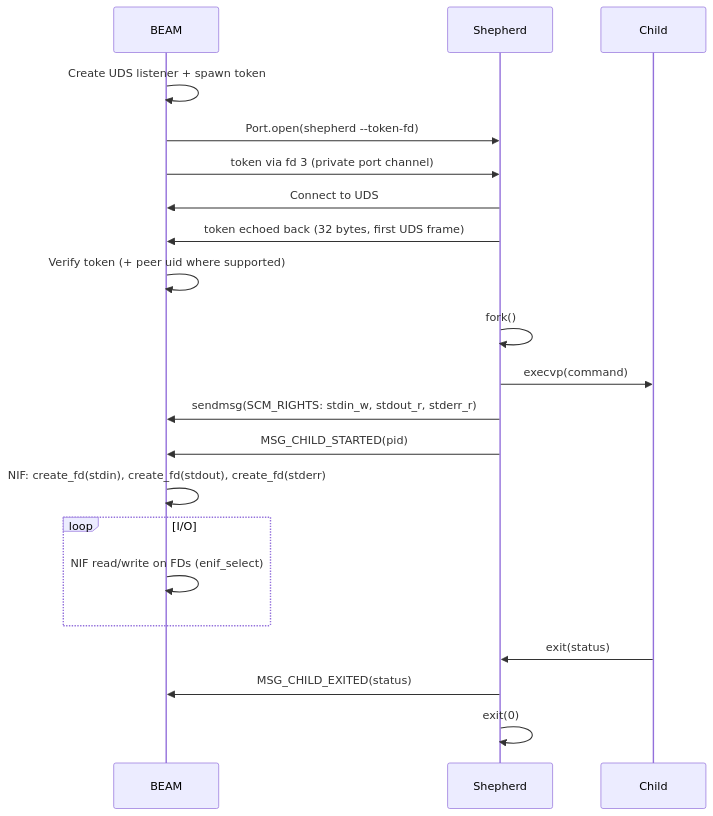
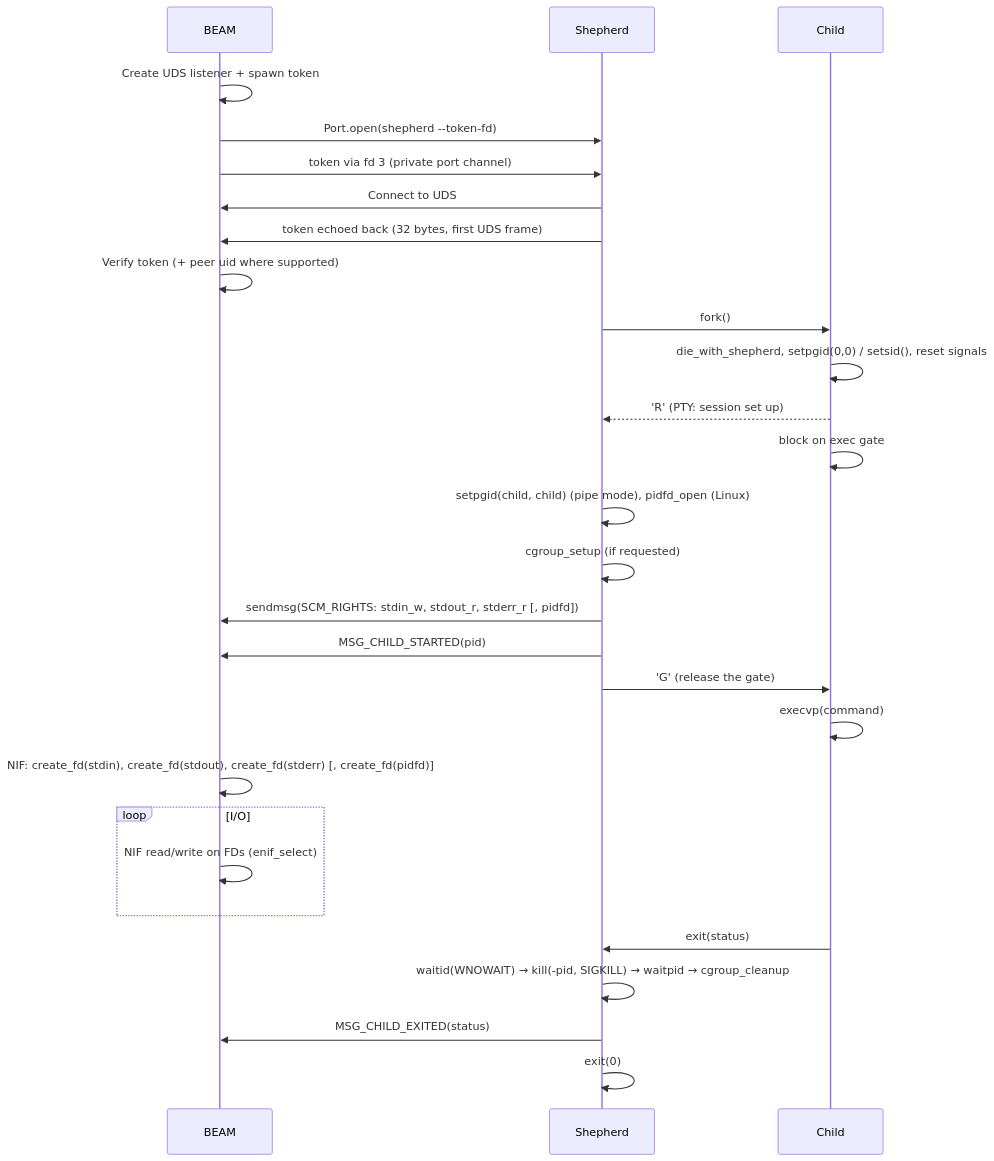
The second of 2 diagrams in docs/architecture.md (nyo16/net_runner), drawn with Mermaid before and after one commit. The commit also changed other lines of this file and 17 other files, not shown here.

First line of the commit message:
Harden the shepherd: group sweep before reap, signal hygiene, gated hand-off, pidfd (#31)

````diff
--- a/docs/architecture.md
+++ b/docs/architecture.md
@@ -31,26 +31,33 @@
 ```mermaid
 sequenceDiagram
     participant B as BEAM
     participant S as Shepherd
     participant C as Child
 
     B->>B: Create UDS listener + spawn token
     B->>S: Port.open(shepherd --token-fd)
     B->>S: token via fd 3 (private port channel)
     S->>B: Connect to UDS
     S->>B: token echoed back (32 bytes, first UDS frame)
     B->>B: Verify token (+ peer uid where supported)
-    S->>S: fork()
-    S->>C: execvp(command)
-    S->>B: sendmsg(SCM_RIGHTS: stdin_w, stdout_r, stderr_r)
+    S->>C: fork()
+    C->>C: die_with_shepherd, setpgid(0,0) / setsid(), reset signals
+    C-->>S: 'R' (PTY: session set up)
+    C->>C: block on exec gate
+    S->>S: setpgid(child, child) (pipe mode), pidfd_open (Linux)
+    S->>S: cgroup_setup (if requested)
+    S->>B: sendmsg(SCM_RIGHTS: stdin_w, stdout_r, stderr_r [, pidfd])
     S->>B: MSG_CHILD_STARTED(pid)
-    B->>B: NIF: create_fd(stdin), create_fd(stdout), create_fd(stderr)
+    S->>C: 'G' (release the gate)
+    C->>C: execvp(command)
+    B->>B: NIF: create_fd(stdin), create_fd(stdout), create_fd(stderr) [, create_fd(pidfd)]
 
     loop I/O
         B->>B: NIF read/write on FDs (enif_select)
     end
 
     C->>S: exit(status)
+    S->>S: waitid(WNOWAIT) → kill(-pid, SIGKILL) → waitpid → cgroup_cleanup
     S->>B: MSG_CHILD_EXITED(status)
     S->>S: exit(0)
 ```
````
